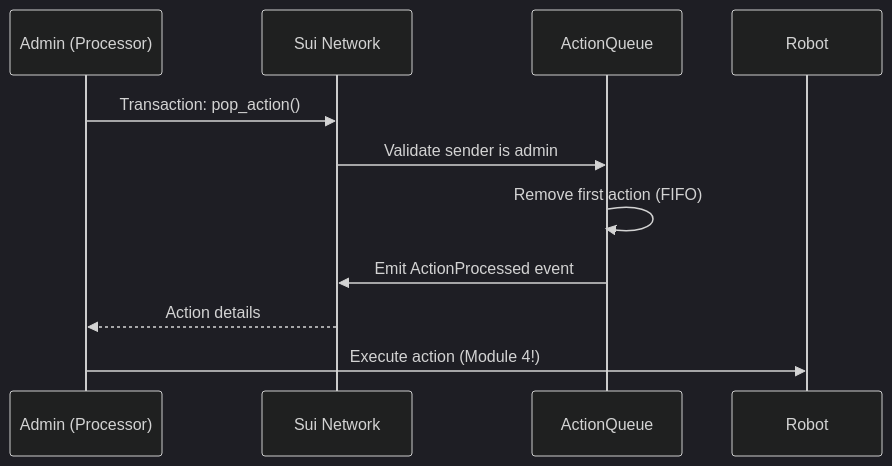
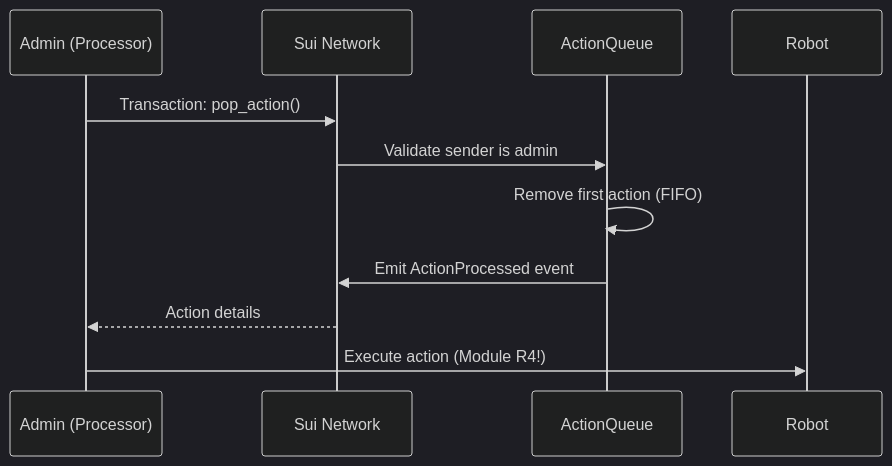
One commit to MystenLabs/sui-move-bootcamp changed the second of 2 diagrams in R2/README.md. Above: the diagram before and after it, drawn with Mermaid (dark theme). The commit also changed other lines of this file, not shown here.

Commit message:
Update README.md to correct module paths and numbering for consistency

````diff
--- a/R2/README.md
+++ b/R2/README.md
@@ -451,14 +451,14 @@
 ```mermaid
 sequenceDiagram
     participant A as Admin (Processor)
     participant N as Sui Network
     participant Q as ActionQueue
     participant R as Robot
 
     A->>N: Transaction: pop_action()
     N->>Q: Validate sender is admin
     Q->>Q: Remove first action (FIFO)
     Q->>N: Emit ActionProcessed event
     N-->>A: Action details
-    A->>R: Execute action (Module 4!)
+    A->>R: Execute action (Module R4!)
 ```
````
